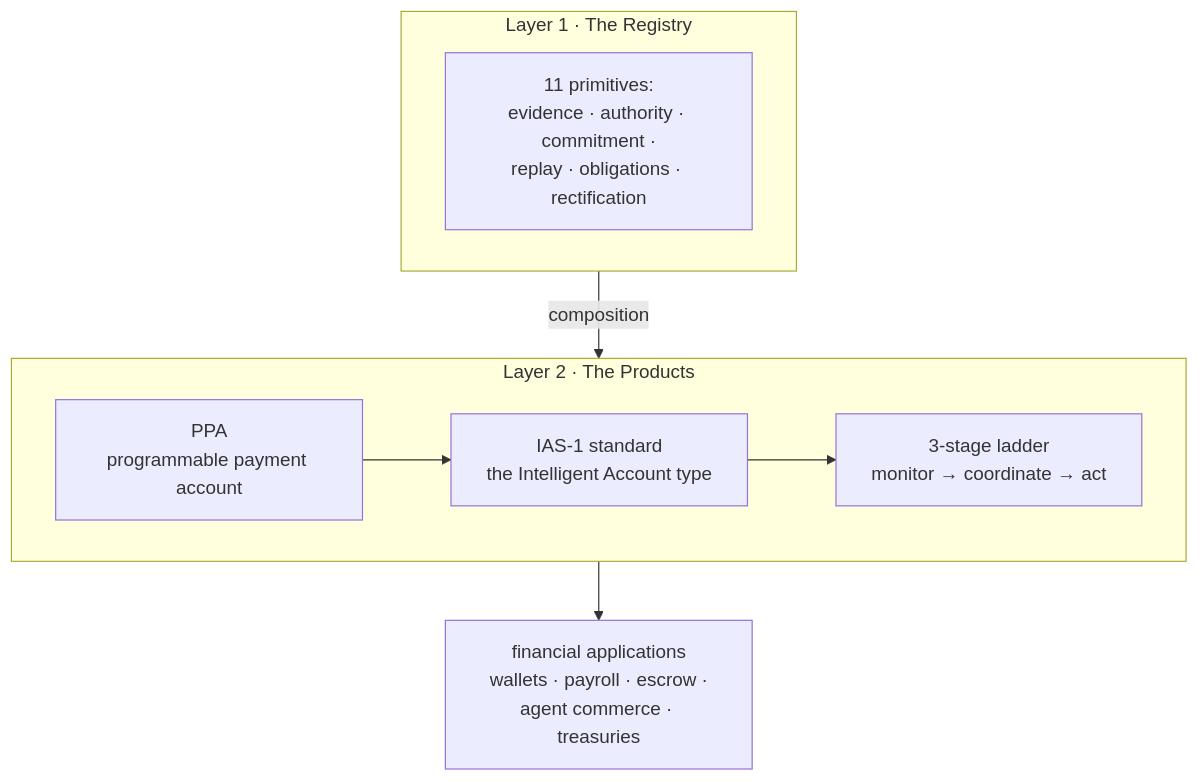
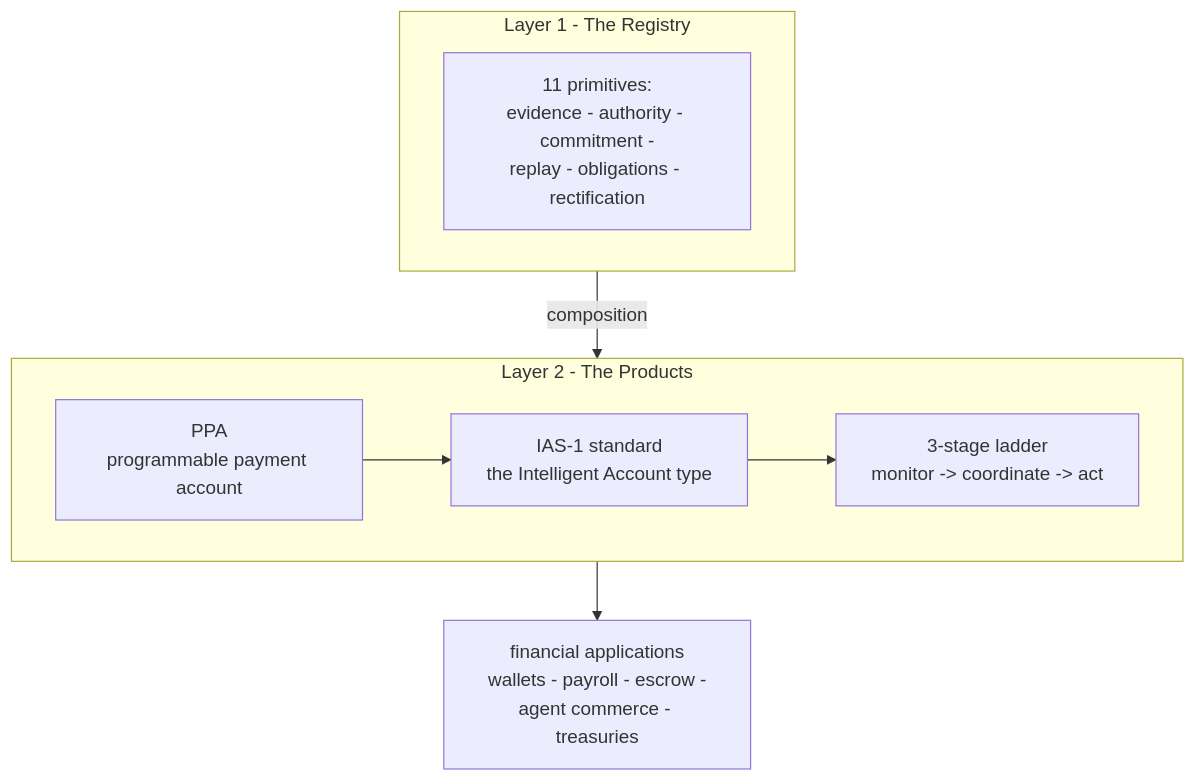
One commit to etvjay/Nomos changed the first of 2 diagrams in NOMOS_WHITEPAPER.md. Above: the diagram before and after it, drawn with Mermaid. The commit also changed other lines of this file and 2 other files, not shown here.

Commit message:
whitepapers: sanitize mermaid blocks — replace middle-dot and unicode arrows with ASCII (GitHub renderer compatibility)

````diff
--- a/NOMOS_WHITEPAPER.md
+++ b/NOMOS_WHITEPAPER.md
@@ -25,12 +25,12 @@
 ```mermaid
 flowchart TB
-    subgraph L1["Layer 1 · The Registry"]
-        P["11 primitives:<br/>evidence · authority · commitment ·<br/>replay · obligations · rectification"]
+    subgraph L1["Layer 1 - The Registry"]
+        P["11 primitives:<br/>evidence - authority - commitment -<br/>replay - obligations - rectification"]
     end
-    subgraph L2["Layer 2 · The Products"]
+    subgraph L2["Layer 2 - The Products"]
         PPA["PPA<br/>programmable payment account"] --> IAS["IAS-1 standard<br/>the Intelligent Account type"]
-        IAS --> LADDER["3-stage ladder<br/>monitor → coordinate → act"]
+        IAS --> LADDER["3-stage ladder<br/>monitor -> coordinate -> act"]
     end
     L1 -->|"composition"| L2
-    L2 --> APPS["financial applications<br/>wallets · payroll · escrow ·<br/>agent commerce · treasuries"]
+    L2 --> APPS["financial applications<br/>wallets - payroll - escrow -<br/>agent commerce - treasuries"]
 ```
````
